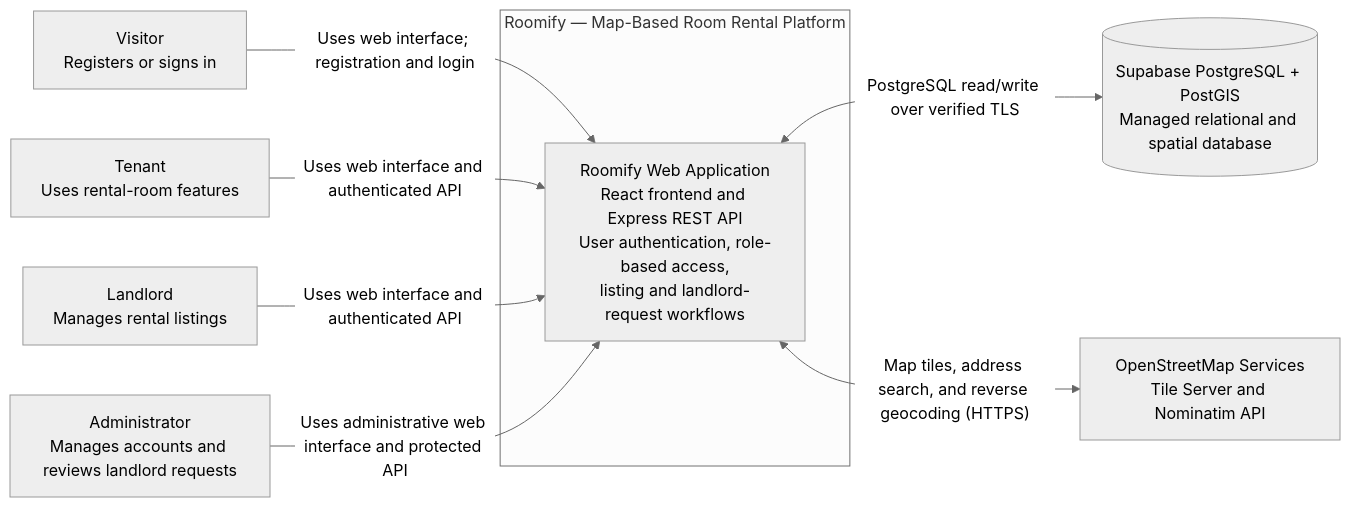
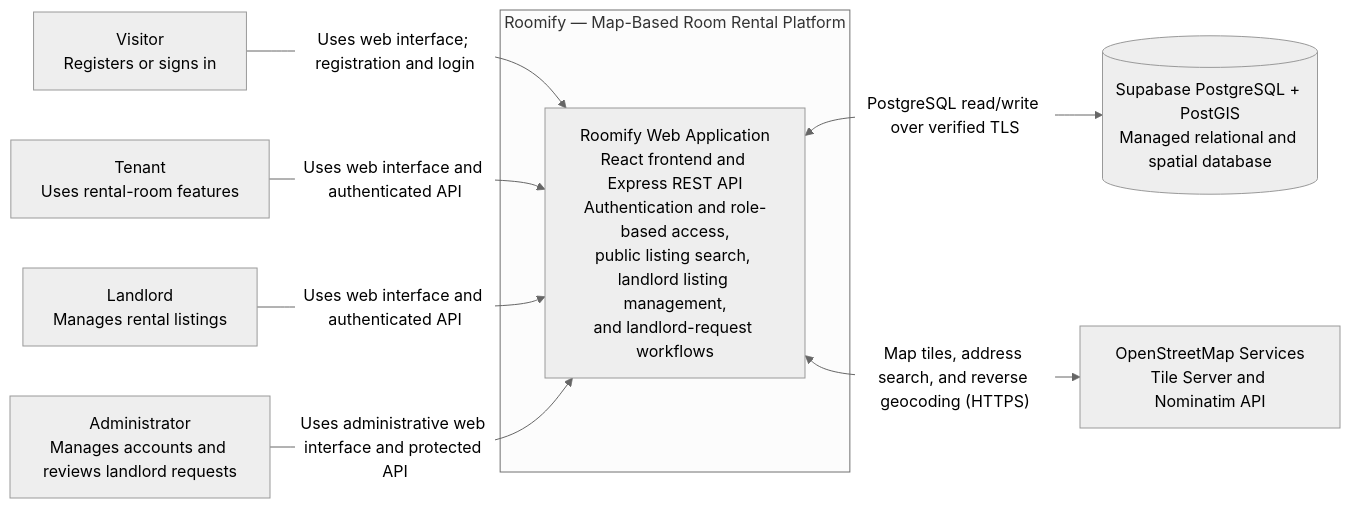
The first of 5 diagrams in docs/analysis-and-design/Architecture.md (hiedan/Roomify), drawn with Mermaid (neutral theme) before and after one commit. The commit also changed other lines of this file and 14 other files, not shown here.

````diff
--- a/docs/analysis-and-design/Architecture.md
+++ b/docs/analysis-and-design/Architecture.md
@@ -46,21 +47,21 @@
 ```mermaid
 flowchart LR
     Visitor["Visitor<br/>Registers or signs in"]
     Tenant["Tenant<br/>Uses rental-room features"]
     Landlord["Landlord<br/>Manages rental listings"]
     Admin["Administrator<br/>Manages accounts and reviews landlord requests"]
 
     subgraph Roomify["Roomify — Map-Based Room Rental Platform"]
-        System["Roomify Web Application<br/>React frontend and Express REST API<br/>User authentication, role-based access,<br/>listing and landlord-request workflows"]
+        System["Roomify Web Application<br/>React frontend and Express REST API<br/>Authentication and role-based access,<br/>public listing search, landlord listing management,<br/>and landlord-request workflows"]
     end
 
     Supabase[("Supabase PostgreSQL + PostGIS<br/>Managed relational and spatial database")]
     OpenStreetMap["OpenStreetMap Services<br/>Tile Server and Nominatim API"]
 
     Visitor -->|"Uses web interface; registration and login"| System
     Tenant -->|"Uses web interface and authenticated API"| System
     Landlord -->|"Uses web interface and authenticated API"| System
     Admin -->|"Uses administrative web interface and protected API"| System
     System <-->|"PostgreSQL read/write over verified TLS"| Supabase
     System <-->|"Map tiles, address search, and reverse geocoding (HTTPS)"| OpenStreetMap
 ```
````
